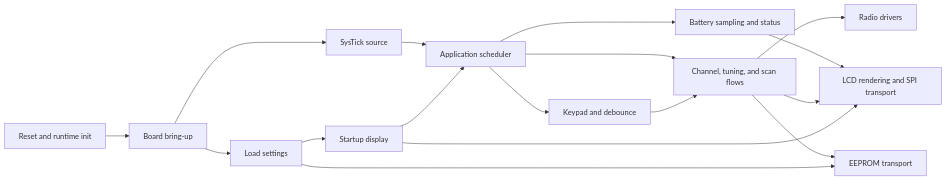
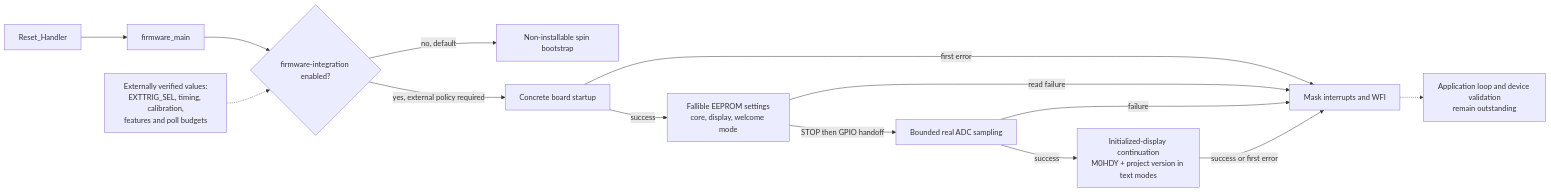
Before and after one commit to m0hdy/uv-k5-rust-firmware: the first of 2 diagrams in README.md, drawn with Mermaid. The commit also changed other lines of this file and 18 other files, not shown here.

````diff
--- a/README.md
+++ b/README.md
@@ -15,19 +18,16 @@
 ```mermaid
 flowchart LR
-  Reset["Reset and runtime init"] --> Board["Board bring-up"]
-  Board --> Settings["Load settings"]
-  Settings --> Welcome["Startup display"]
-  Welcome --> Loop["Application scheduler"]
-  Board --> Tick["SysTick source"]
-  Tick --> Loop
-  Loop --> Input["Keypad and debounce"]
-  Input --> Control["Channel, tuning, and scan flows"]
-  Loop --> Control
-  Loop --> Battery["Battery sampling and status"]
-  Settings --> Storage["EEPROM transport"]
-  Control --> Storage
-  Control --> Radio["Radio drivers"]
-  Welcome --> Display["LCD rendering and SPI transport"]
-  Control --> Display
-  Battery --> Display
+  Reset["Reset_Handler"] --> Main["firmware_main"]
+  Main --> Select{"firmware-integration enabled?"}
+  Select -->|no, default| Bootstrap["Non-installable spin bootstrap"]
+  Select -->|yes, external policy required| Board["Concrete board startup"]
+  Board -->|success| Settings["Fallible EEPROM settings\ncore, display, welcome mode"]
+  Board -->|first error| Park["Mask interrupts and WFI"]
+  Settings -->|STOP then GPIO handoff| Battery["Bounded real ADC sampling"]
+  Settings -->|read failure| Park
+  Battery -->|success| Welcome["Initialized-display continuation\nM0HDY + project version in text modes"]
+  Battery -->|failure| Park
+  Welcome -->|success or first error| Park
+  Policy["Externally verified values:\nEXTTRIG_SEL, timing, calibration,\nfeatures and poll budgets"] -.-> Select
+  Park -.-> Future["Application loop and device validation\nremain outstanding"]
 ```
````
